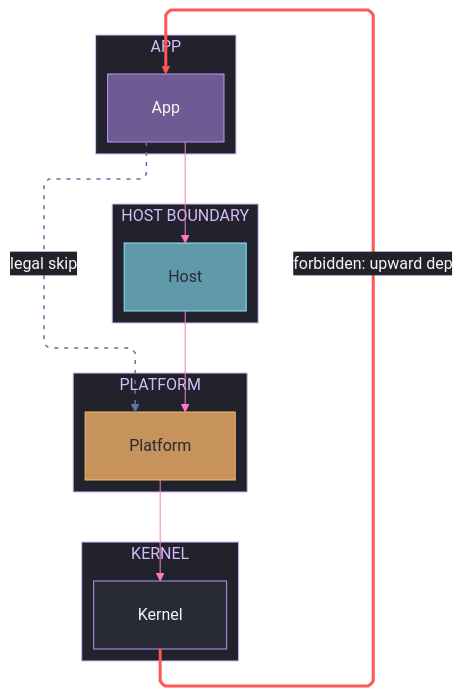
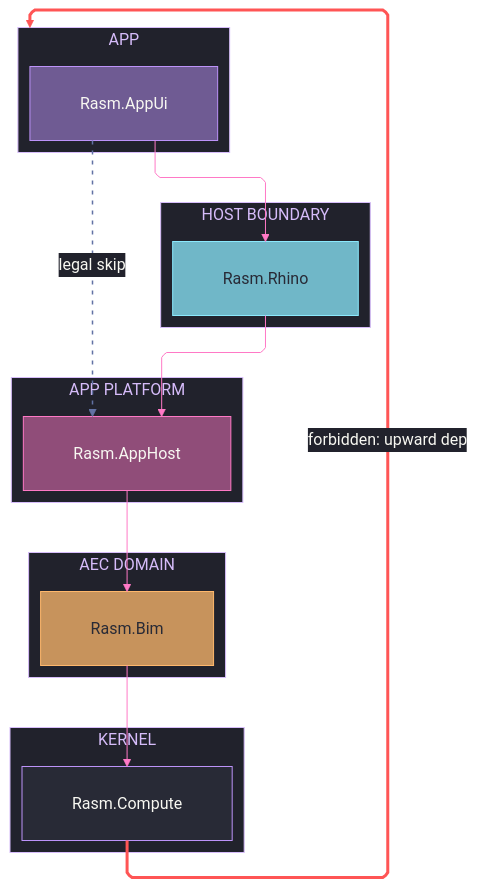
One commit to bsamiee/Rasm changed the diagram in .claude/skills/mermaid-diagramming/templates/strata.mmd.md. Above: the diagram before and after it, drawn with Mermaid. The commit also changed other lines of this file and 56 other files, not shown here.

````diff
--- a/.claude/skills/mermaid-diagramming/templates/strata.mmd.md
+++ b/.claude/skills/mermaid-diagramming/templates/strata.mmd.md
@@ -5,58 +5,64 @@
 ```mermaid
 ---
 config:
   theme: base
   look: classic
   layout: elk
   flowchart:
     curve: linear
-    padding: 22
+    padding: 25
   themeVariables:
     darkMode: true
     fontFamily: "SF Mono, Menlo, Cascadia Mono, Segoe UI Mono, Consolas, monospace"
     useGradient: false
     dropShadow: "none"
     background: "#282A36"
     primaryColor: "#44475A"
     primaryTextColor: "#F8F8F2"
     primaryBorderColor: "#BD93F9"
     lineColor: "#FF79C6"
     textColor: "#F8F8F2"
     clusterBkg: "#21222C"
     clusterBorder: "#D6BCFA"
     edgeLabelBackground: "#21222C"
     labelBackgroundColor: "#21222C"
     titleColor: "#D6BCFA"
-  themeCSS: ".nodeLabel{font-size:13px;font-weight:500}.edgeLabel{font-size:12px;font-weight:500}.cluster-label .nodeLabel{font-size:12.5px;font-weight:600;letter-spacing:.08em}.edge-thickness-normal{stroke-width:2px}.edge-thickness-thick{stroke-width:3px}.edge-pattern-dashed,.edge-pattern-dotted{stroke-width:1.5px;stroke-dasharray:4 6}.node rect,.node circle,.node polygon,.node path,.node .outer-path{stroke-width:1.5px;filter:none!important}.cluster rect{stroke-width:1px!important;stroke-dasharray:5 4!important;filter:none!important}.marker path,.marker circle{transform:scale(.8);transform-origin:5px 5px}.edgeLabel rect{transform-box:fill-box;transform-origin:center;transform:scale(1.1,1.2)}"
+  themeCSS: ".nodeLabel{font-size:13px;font-weight:500}.edgeLabel{font-size:12px;font-weight:500}.cluster-label .nodeLabel{font-size:13.5px;font-weight:700;letter-spacing:.08em}.edge-thickness-normal{stroke-width:2px}.edge-thickness-thick{stroke-width:3px}.edge-pattern-dashed,.edge-pattern-dotted{stroke-width:1.5px;stroke-dasharray:4 6}.node rect,.node circle,.node polygon,.node path,.node .outer-path{stroke-width:1.5px;filter:none!important}.cluster rect{stroke-width:1px!important;stroke-dasharray:5 4!important;filter:none!important}.marker path{transform:scale(.8);transform-origin:5px 5px}.marker circle{transform:scale(.48);transform-origin:5px 5px}.edgeLabel rect{transform-box:fill-box;transform-origin:center;transform:scale(1.1,1.2)}"
 ---
 flowchart TB
-    accTitle: Stratum dependency law
-    accDescr: Four stacked strata with downward-only dependency edges, one dashed legal skip edge, and one forbidden upward edge styled red and marked prohibited.
-    subgraph L4[APP]
-        App[App]
+    accTitle: Package stratum law
+    accDescr: Five stacked strata from app through host boundary, platform, and domain onto the kernel, downward-only dependency edges, one dashed legal skip, and one forbidden upward edge styled red.
+    subgraph L5[APP]
+        App[Rasm.AppUi]
     end
-    subgraph L3[HOST BOUNDARY]
-        Host[Host]
+    subgraph L4[HOST BOUNDARY]
+        Host[Rasm.Rhino]
     end
-    subgraph L2[PLATFORM]
-        Platform[Platform]
+    subgraph L3[APP PLATFORM]
+        Platform[Rasm.AppHost]
+    end
+    subgraph L2[AEC DOMAIN]
+        Domain[Rasm.Bim]
     end
     subgraph L1[KERNEL]
-        Kernel[Kernel]
+        Kernel[Rasm.Compute]
     end
     App --> Host
     Host --> Platform
-    Platform --> Kernel
-    App -.->|legal skip| Platform
-    Kernel -->|"forbidden: upward dep"| App
-    linkStyle 3 stroke:#6272A4,color:#F8F8F2,stroke-width:1.5px,stroke-dasharray:4 6
-    linkStyle 4 stroke:#FF5555,stroke-width:3px,color:#F8F8F2
+    Platform --> Domain
+    Domain --> Kernel
+    App -.->|"legal skip"| Platform
+    Kernel -->|"forbidden: upward dep"| L5
+    linkStyle 4 stroke:#6272A4,color:#F8F8F2,stroke-width:1.5px,stroke-dasharray:4 6
+    linkStyle 5 stroke:#FF5555,stroke-width:3px,color:#F8F8F2
     classDef stratumApp fill:#BD93F980,stroke:#BD93F9,color:#F8F8F2
-    classDef stratumHost fill:#8BE9FD99,stroke:#8BE9FD,color:#282A36
-    classDef stratumPlatform fill:#FFB86CBF,stroke:#FFB86C,color:#282A36
+    classDef stratumHost fill:#8BE9FDBF,stroke:#8BE9FD,color:#282A36
+    classDef stratumPlatform fill:#FF79C680,stroke:#FF79C6,color:#F8F8F2
+    classDef stratumDomain fill:#FFB86CBF,stroke:#FFB86C,color:#282A36
     classDef boundary fill:#282A36,stroke:#BD93F9,color:#F8F8F2
     class App stratumApp
     class Host stratumHost
     class Platform stratumPlatform
+    class Domain stratumDomain
     class Kernel boundary
 ```
````
